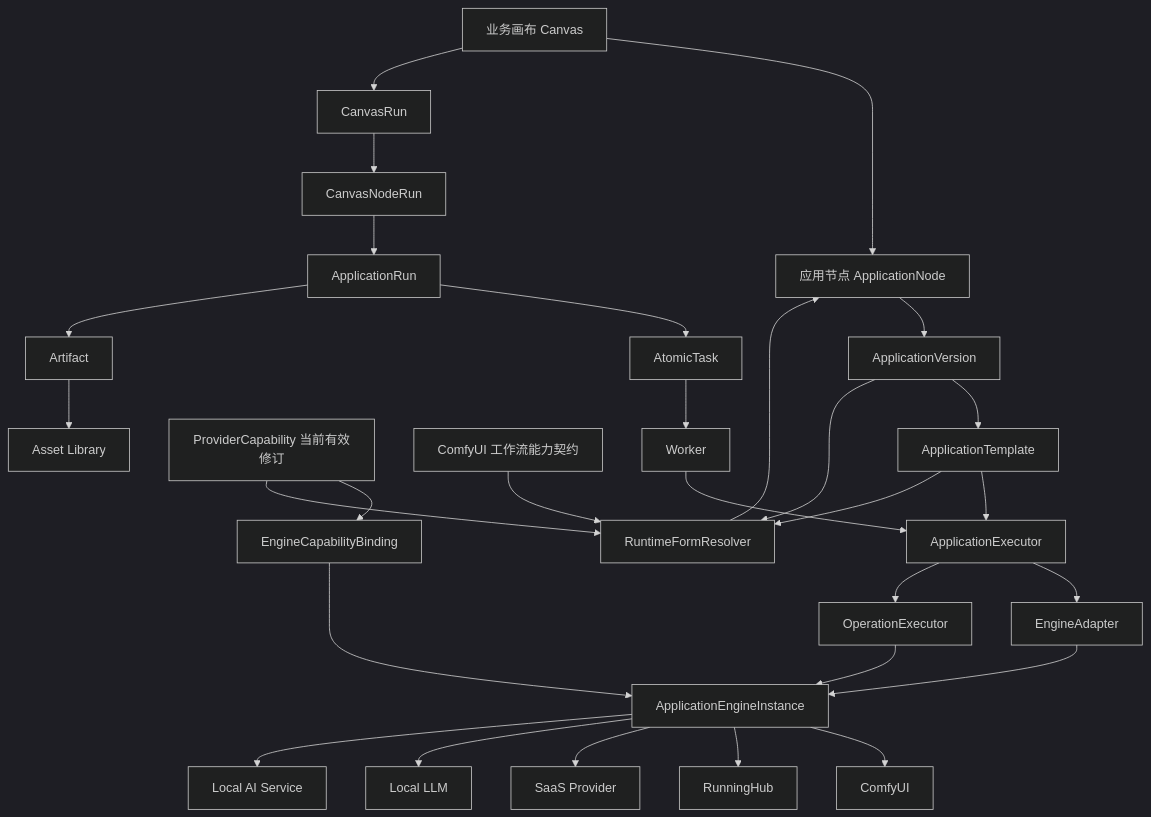
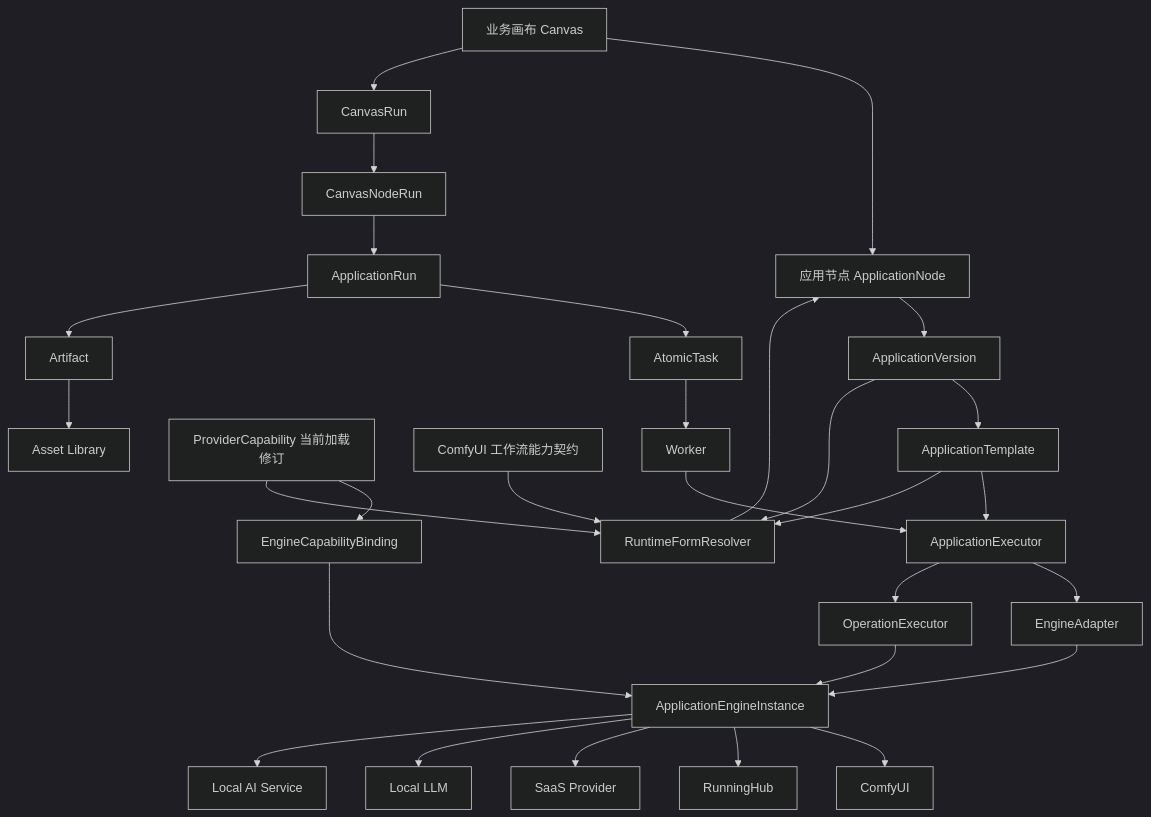
The first of 5 diagrams in 00_product/domains/application-platform/product-spec.md (wangweihong/omnimam-spec), drawn with Mermaid (dark theme) before and after one commit. The commit also changed other lines of this file and 59 other files, not shown here.

````diff
--- a/00_product/domains/application-platform/product-spec.md
+++ b/00_product/domains/application-platform/product-spec.md
@@ -195,35 +203,35 @@
 ```mermaid
 graph TD
     A[业务画布 Canvas] --> B[应用节点 ApplicationNode]
     B --> C[ApplicationVersion]
     C --> D[ApplicationTemplate]
     D --> E[ApplicationExecutor]
     E --> F[EngineAdapter]
     E --> X[OperationExecutor]
     F --> G[ApplicationEngineInstance]
     X --> G
 
-    H[ProviderCapability 当前有效修订] --> I[EngineCapabilityBinding]
+    H[ProviderCapability 当前加载修订] --> I[EngineCapabilityBinding]
     I --> G
     H --> J[RuntimeFormResolver]
     S[ComfyUI 工作流能力契约] --> J
     C --> J
     D --> J
     J --> B
 
     G --> K1[ComfyUI]
     G --> K2[RunningHub]
     G --> K3[SaaS Provider]
     G --> K4[Local LLM]
     G --> K5[Local AI Service]
 
     A --> L[CanvasRun]
     L --> M[CanvasNodeRun]
     M --> N[ApplicationRun]
     N --> O[AtomicTask]
     O --> P[Worker]
     P --> E
 
     N --> Q[Artifact]
     Q --> R[Asset Library]
 ```
````
